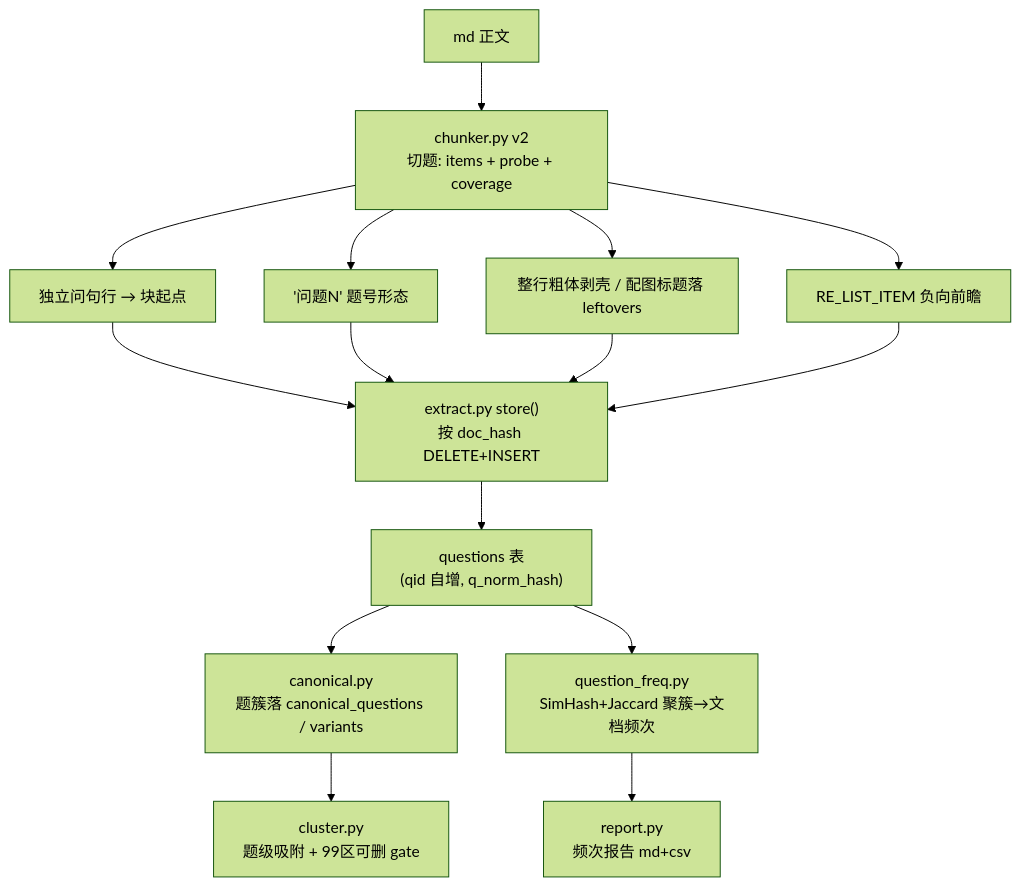
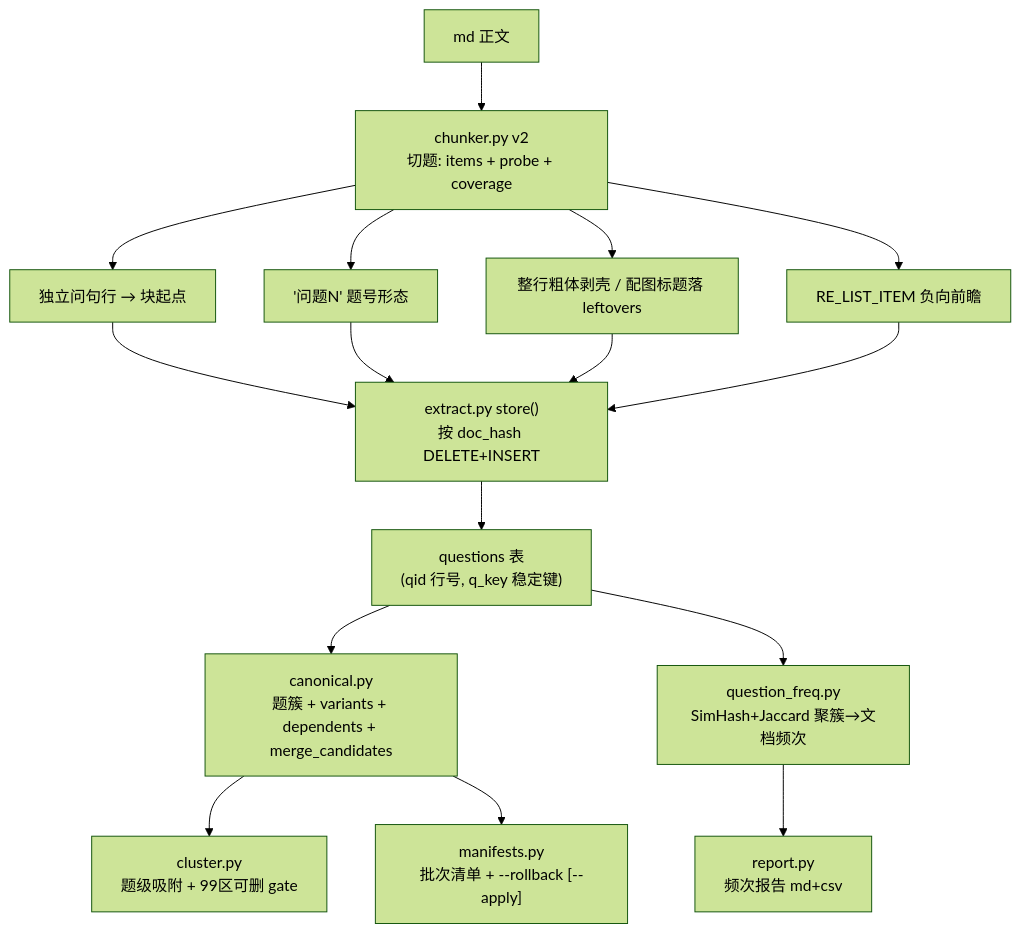
Before and after one commit to libai4hao/mianjing-kb: the sixth of 10 diagrams in docs/19-功能流程图.md, drawn with Mermaid (forest theme). The commit also changed other lines of this file and 6 other files, not shown here.

Commit message:
docs: add code map and align flowchart with T29/T31 state

````diff
--- a/docs/19-功能流程图.md
+++ b/docs/19-功能流程图.md
@@ -131,17 +137,18 @@
 ```mermaid
 flowchart TD
     A["md 正文"] --> B["chunker.py v2<br/>切题: items + probe + coverage"]
     B --> B1["独立问句行 → 块起点"]
     B --> B2["'问题N' 题号形态"]
     B --> B3["整行粗体剥壳 / 配图标题落 leftovers"]
     B --> B4["RE_LIST_ITEM 负向前瞻"]
     B1 --> C["extract.py store()<br/>按 doc_hash DELETE+INSERT"]
     B2 --> C
     B3 --> C
     B4 --> C
-    C --> D["questions 表<br/>(qid 自增, q_norm_hash)"]
-    D --> E["canonical.py<br/>题簇落 canonical_questions / variants"]
+    C --> D["questions 表<br/>(qid 行号, q_key 稳定键)"]
+    D --> E["canonical.py<br/>题簇 + variants + dependents + merge_candidates"]
     D --> F["question_freq.py<br/>SimHash+Jaccard 聚簇→文档频次"]
     F --> G["report.py<br/>频次报告 md+csv"]
     E --> H["cluster.py<br/>题级吸附 + 99区可删 gate"]
+    E --> M["manifests.py<br/>批次清单 + --rollback [--apply]"]
 ```
````
